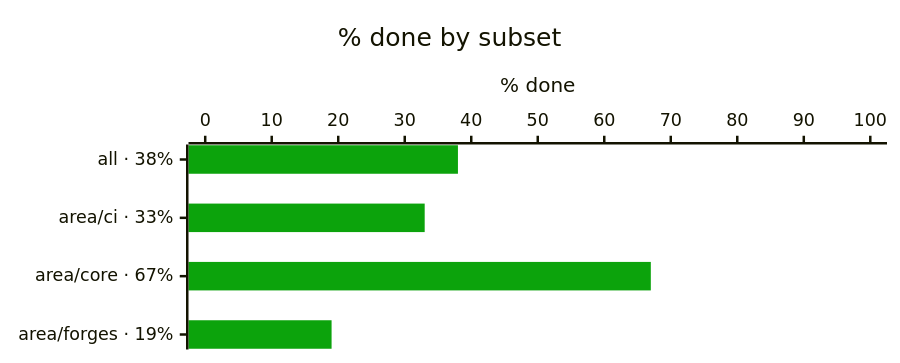
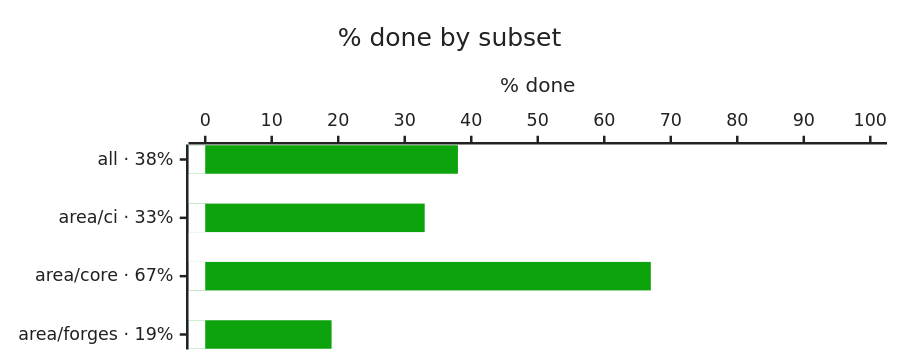
The first of 4 diagrams in progress/README.md (bvraghav/pmtrack), drawn with Mermaid before and after one commit. The commit also changed other lines of this file, not shown here.

Commit message:
progress: update review [CI SKIP]

````diff
--- a/progress/README.md
+++ b/progress/README.md
@@ -5,8 +5,9 @@
 ```mermaid
-%%{init: {"themeVariables": {"xyChart": {"plotColorPalette": "#0ca30c"}}, "xyChart": {"height": 270}}}%%
+%%{init: {"themeVariables": {"xyChart": {"backgroundColor": "#ffffff", "titleColor": "#222222", "plotColorPalette": "#0ca30c,#ffffff", "xAxisLabelColor": "#222222", "xAxisTitleColor": "#222222", "xAxisTickColor": "#222222", "xAxisLineColor": "#222222", "yAxisLabelColor": "#222222", "yAxisTitleColor": "#222222", "yAxisTickColor": "#222222", "yAxisLineColor": "#222222"}}, "xyChart": {"height": 270}}}%%
 xychart-beta horizontal
   title "% done by subset"
   x-axis ["all · 38%", "area/ci · 33%", "area/core · 67%", "area/forges · 19%"]
   y-axis "% done" 0 --> 100
   bar [38, 33, 67, 19]
+  bar [0, 0, 0, 0]
 ```
````
